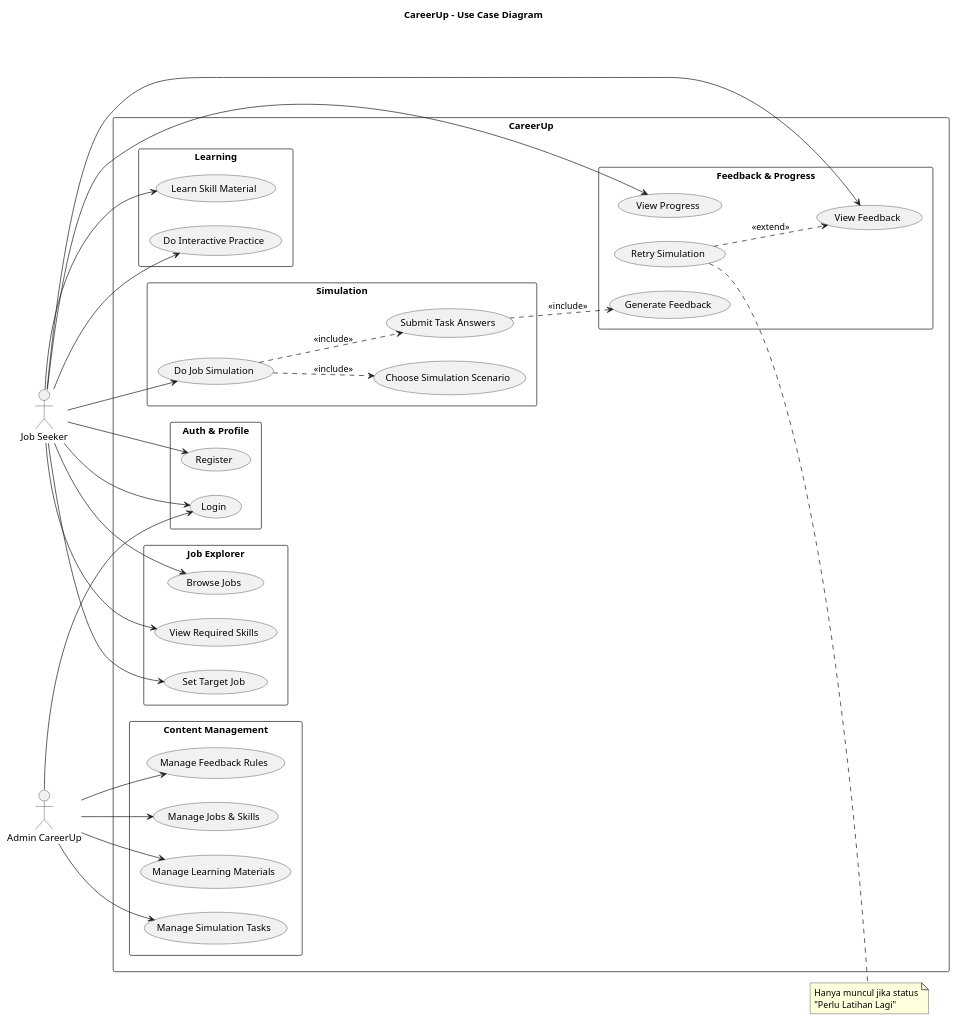
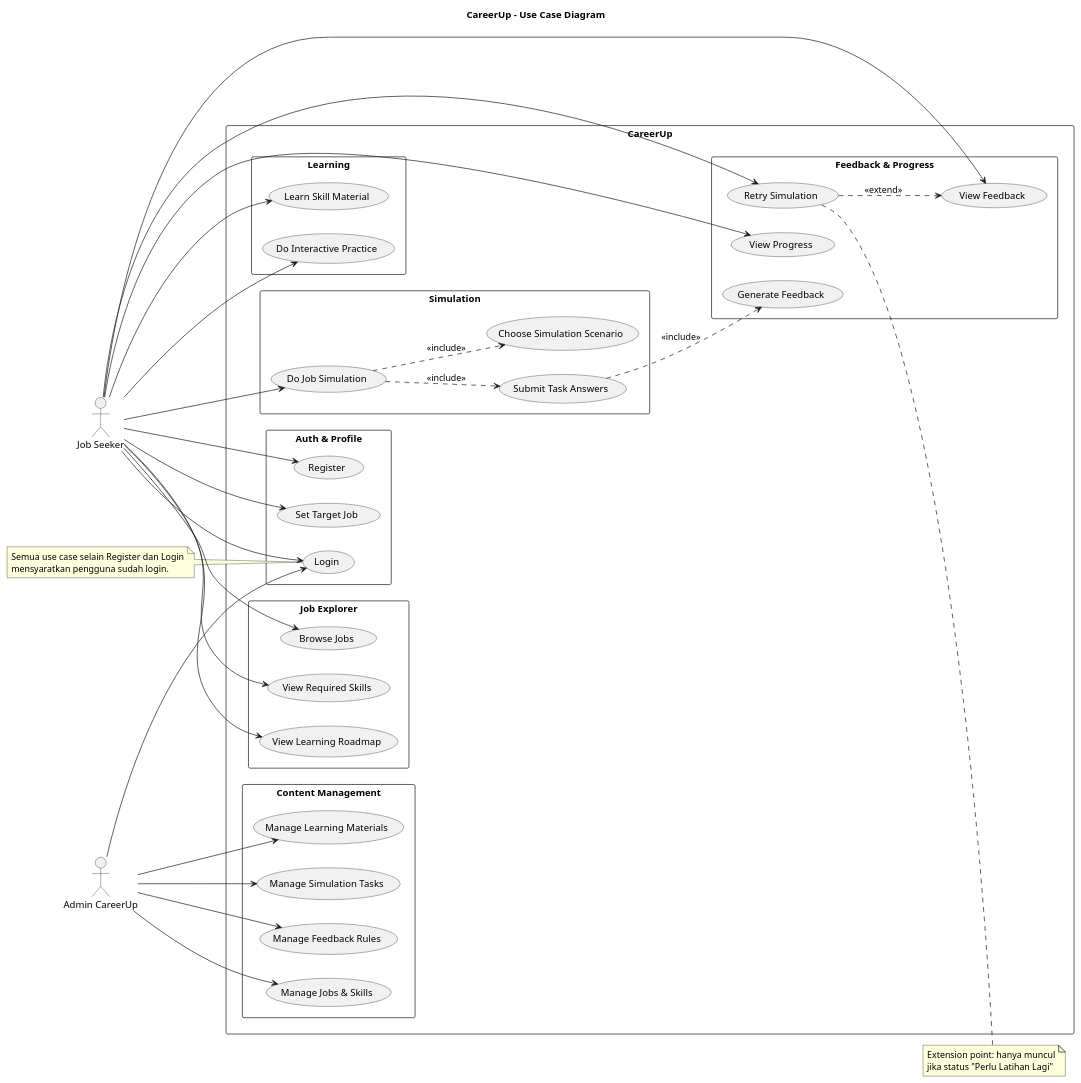
The diagram in diagrams/usecase.puml (AZZAMAF/Belajar.id_UAS_SDF), drawn with PlantUML before and after one commit.

Commit message:
Revise use case diagram for CareerUp application

```diff
--- a/diagrams/usecase.puml
+++ b/diagrams/usecase.puml
@@ -1,79 +1,85 @@
 @startuml
 title CareerUp - Use Case Diagram
 left to right direction
 skinparam packageStyle rectangle
 
 actor "Job Seeker" as JS
 actor "Admin CareerUp" as AD
 
 rectangle "CareerUp" {
 
   package "Auth & Profile" {
-    usecase "Register" as UC1
-    usecase "Login" as UC2
+    usecase "Register" as Register
+    usecase "Login" as Login
+    usecase "Set Target Job" as SetTarget
   }
 
   package "Job Explorer" {
-    usecase "Browse Jobs" as UC3
-    usecase "View Required Skills" as UC4
-    usecase "Set Target Job" as UC5
+    usecase "Browse Jobs" as BrowseJobs
+    usecase "View Required Skills" as ViewSkills
+    usecase "View Learning Roadmap" as ViewRoadmap
   }
 
   package "Learning" {
-    usecase "Learn Skill Material" as UC6
-    usecase "Do Interactive Practice" as UC7
+    usecase "Learn Skill Material" as LearnMaterial
+    usecase "Do Interactive Practice" as DoPractice
   }
 
   package "Simulation" {
-    usecase "Do Job Simulation" as UC8
-    usecase "Choose Simulation Scenario" as UC9
-    usecase "Submit Task Answers" as UC10
+    usecase "Do Job Simulation" as DoSim
+    usecase "Choose Simulation Scenario" as ChooseScenario
+    usecase "Submit Task Answers" as SubmitAnswers
   }
 
   package "Feedback & Progress" {
-    usecase "Generate Feedback" as UC11
-    usecase "View Feedback" as UC12
-    usecase "Retry Simulation" as UC13
-    usecase "View Progress" as UC14
+    usecase "Generate Feedback" as GenFeedback
+    usecase "View Feedback" as ViewFeedback
+    usecase "Retry Simulation" as Retry
+    usecase "View Progress" as ViewProgress
   }
 
   package "Content Management" {
-    usecase "Manage Jobs & Skills" as UC15
-    usecase "Manage Learning Materials" as UC16
-    usecase "Manage Simulation Tasks" as UC17
-    usecase "Manage Feedback Rules" as UC18
+    usecase "Manage Jobs & Skills" as MgJobs
+    usecase "Manage Learning Materials" as MgMaterials
+    usecase "Manage Simulation Tasks" as MgTasks
+    usecase "Manage Feedback Rules" as MgRules
   }
 }
 
 ' --- Job Seeker ---
-JS --> UC1
-JS --> UC2
-JS --> UC3
-JS --> UC4
-JS --> UC5
-JS --> UC6
-JS --> UC7
-JS --> UC8
-JS --> UC12
-JS --> UC14
+JS --> Register
+JS --> Login
+JS --> SetTarget
+JS --> BrowseJobs
+JS --> ViewSkills
+JS --> ViewRoadmap
+JS --> LearnMaterial
+JS --> DoPractice
+JS --> DoSim
+JS --> ViewFeedback
+JS --> Retry
+JS --> ViewProgress
 
 ' --- Admin ---
-AD --> UC2
-AD --> UC15
-AD --> UC16
-AD --> UC17
-AD --> UC18
+AD --> Login
+AD --> MgJobs
+AD --> MgMaterials
+AD --> MgTasks
+AD --> MgRules
 
 ' --- Include: selalu terjadi ---
-UC8 ..> UC9 : <<include>>
-UC8 ..> UC10 : <<include>>
-UC10 ..> UC11 : <<include>>
+DoSim ..> ChooseScenario : <<include>>
+DoSim ..> SubmitAnswers : <<include>>
+SubmitAnswers ..> GenFeedback : <<include>>
 
 ' --- Extend: kadang terjadi ---
-UC13 ..> UC12 : <<extend>>
+Retry ..> ViewFeedback : <<extend>>
 
-note right of UC13
-  Hanya muncul jika status
-  "Perlu Latihan Lagi"
+note right of Retry
+  Extension point: hanya muncul
+  jika status "Perlu Latihan Lagi"
 end note
+
+note "Semua use case selain Register dan Login\nmensyaratkan pengguna sudah login." as NLogin
+NLogin .. Login
 @enduml
```
